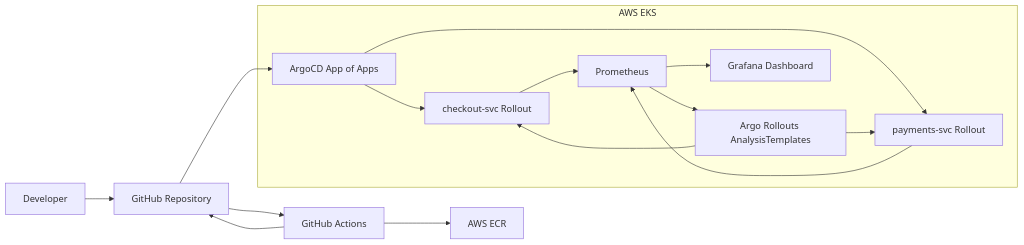
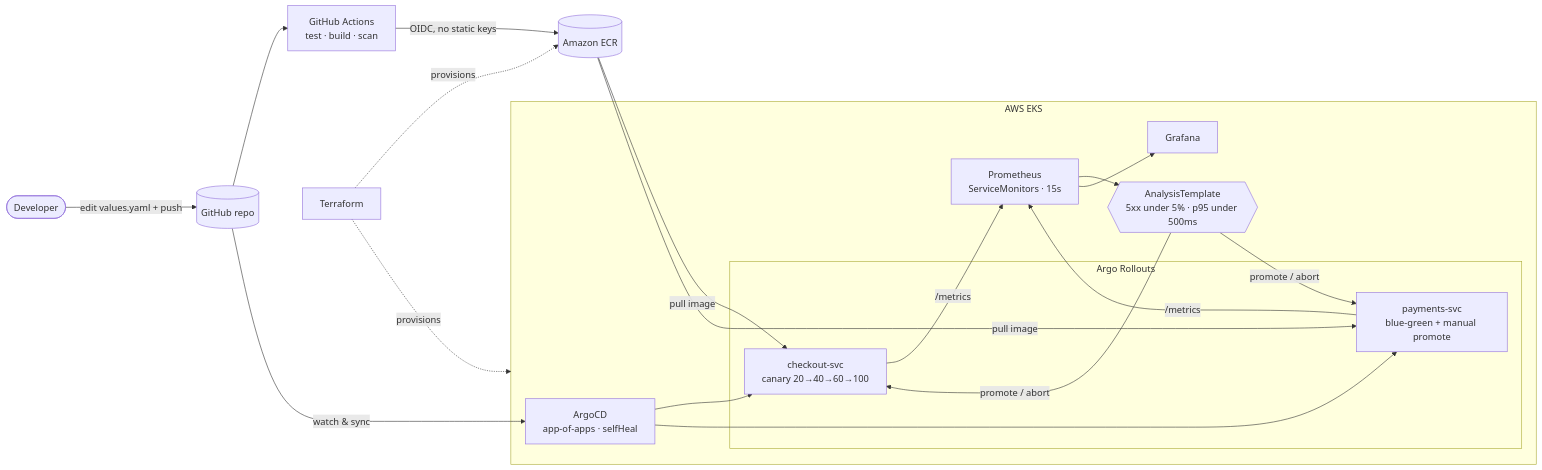
The first of 3 diagrams in README.md (Arnazz10/driftgaurd), drawn with Mermaid before and after one commit. The commit also changed other lines of this file and 12 other files, not shown here.

First line of the commit message:
docs: rewrite README with new UI screenshots and architecture diagrams

````diff
--- a/README.md
+++ b/README.md
@@ -7,24 +68,27 @@
 ```mermaid
 flowchart LR
-  Dev[Developer] --> Git[GitHub Repository]
-  Git --> Actions[GitHub Actions]
-  Actions --> ECR[AWS ECR]
-  Actions --> Git
-  Git --> ArgoCD[ArgoCD App of Apps]
-  ArgoCD --> Checkout[checkout-svc Rollout]
-  ArgoCD --> Payments[payments-svc Rollout]
-  Checkout --> Prom[Prometheus]
-  Payments --> Prom
-  Prom --> Analysis[Argo Rollouts AnalysisTemplates]
-  Analysis --> Checkout
-  Analysis --> Payments
-  Prom --> Grafana[Grafana Dashboard]
+  Dev([Developer]) -->|edit values.yaml + push| Git[(GitHub repo)]
+  Git --> CI[GitHub Actions<br/>test · build · scan]
+  CI -->|OIDC, no static keys| ECR[(Amazon ECR)]
+  TF[Terraform] -.provisions.-> ECR
+  TF -.provisions.-> EKS
+
   subgraph EKS[AWS EKS]
-    ArgoCD
-    Checkout
-    Payments
-    Prom
-    Grafana
-    Analysis
+    Argo[ArgoCD<br/>app-of-apps · selfHeal]
+    subgraph Rollouts[Argo Rollouts]
+      CO["checkout-svc<br/>canary 20→40→60→100"]
+      PA[payments-svc<br/>blue-green + manual promote]
+    end
+    Prom[Prometheus<br/>ServiceMonitors · 15s]
+    AT{{"AnalysisTemplate<br/>5xx under 5% · p95 under 500ms"}}
+    Graf[Grafana]
   end
+
+  Git -->|watch & sync| Argo
+  Argo --> CO & PA
+  ECR -->|pull image| CO & PA
+  CO & PA -->|/metrics| Prom
+  Prom --> AT
+  AT -->|promote / abort| CO & PA
+  Prom --> Graf
 ```
````
